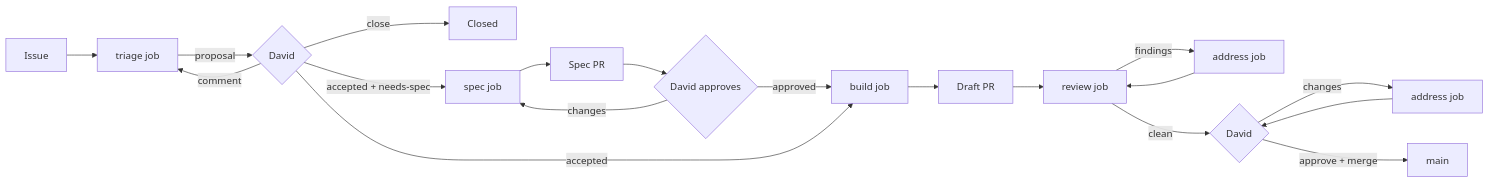
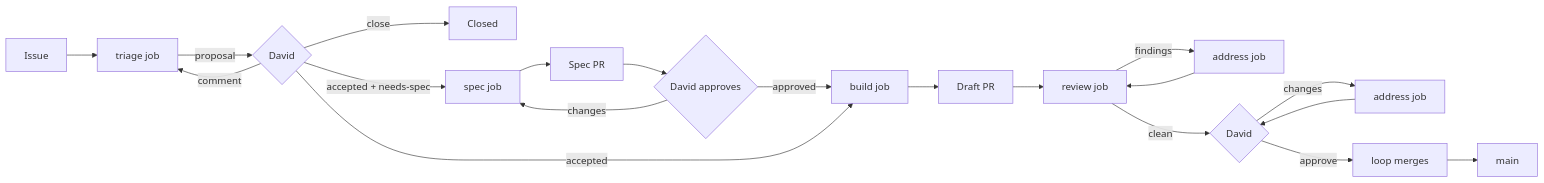
The diagram in docs/factory/README.md (dajac/kaos), drawn with Mermaid before and after one commit. The commit also changed other lines of this file and 10 other files, not shown here.

````diff
--- a/docs/factory/README.md
+++ b/docs/factory/README.md
@@ -43,17 +44,17 @@
 ```mermaid
 flowchart LR
     I[Issue] --> T[triage job]
     T -->|proposal| D1{David}
     D1 -->|close| X[Closed]
     D1 -->|comment| T
     D1 -->|accepted + needs-spec| S[spec job]
     S --> SP[Spec PR] --> D2{David approves}
     D2 -->|changes| S
     D2 -->|approved| B
     D1 -->|accepted| B[build job]
     B --> PR[Draft PR] --> R[review job]
     R -->|findings| F[address job] --> R
     R -->|clean| D3{David}
     D3 -->|changes| F2[address job] --> D3
-    D3 -->|approve + merge| M[main]
+    D3 -->|approve| L[loop merges] --> M[main]
 ```
````
